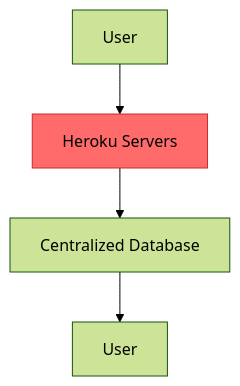
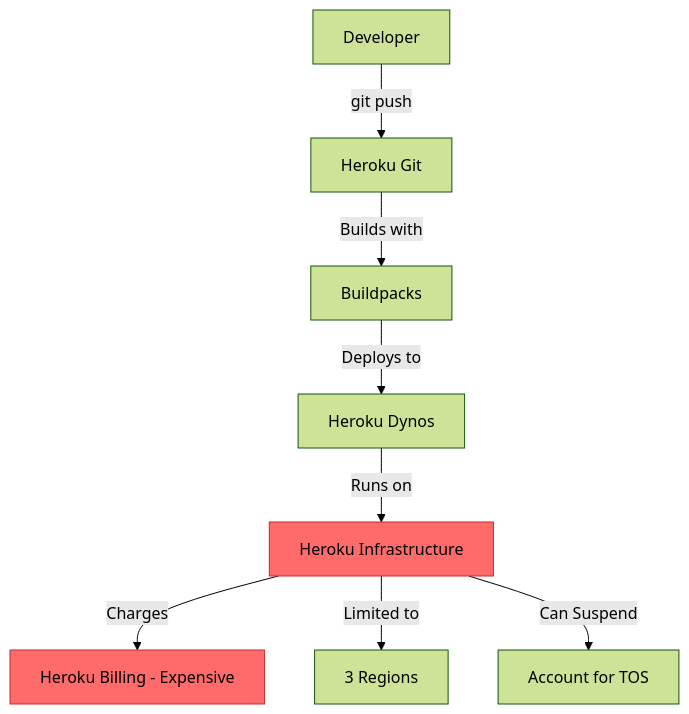
The first of 2 diagrams in 07-compute/02-heroku-to-railway-web3.md (Elvatar2/Web2-To-Web3-Migration-Guide), drawn with Mermaid (forest theme) before and after one commit. The commit also changed other lines of this file, not shown here.

````diff
--- a/07-compute/02-heroku-to-railway-web3.md
+++ b/07-compute/02-heroku-to-railway-web3.md
@@ -52,8 +64,13 @@
 ```mermaid
 graph TB
-    A[User] --> B[Heroku Servers]
-    B --> C[Centralized Database]
-    C --> D[User]
+    A[Developer] -->|git push| B[Heroku Git]
+    B -->|Builds with| C[Buildpacks]
+    C -->|Deploys to| D[Heroku Dynos]
+    D -->|Runs on| E[Heroku Infrastructure]
+    E -->|Charges| F[Heroku Billing - Expensive]
+    E -->|Limited to| G[3 Regions]
+    E -->|Can Suspend| H[Account for TOS]
 
-    style B fill:#ff6b6b,stroke:#c92a2a
+    style E fill:#ff6b6b,stroke:#c92a2a
+    style F fill:#ff6b6b,stroke:#c92a2a
 ```
````
